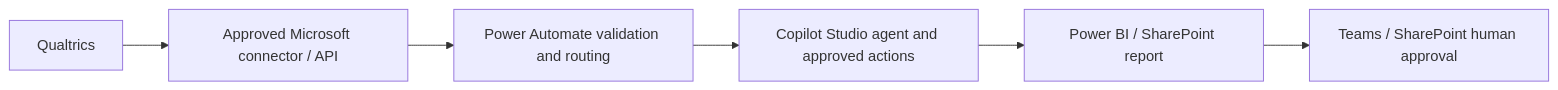
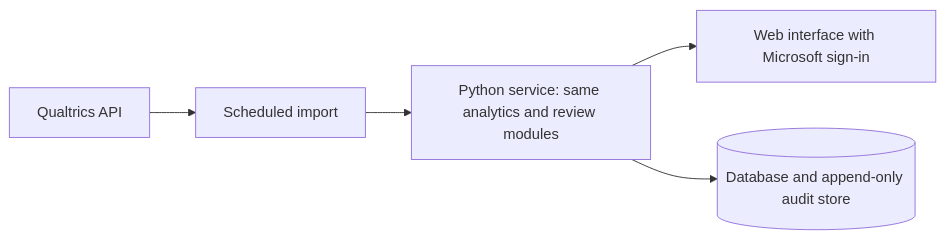
One commit to heet579/learning-futures-insight-hub changed the second of 2 diagrams in ai-learning-evaluation/docs/architecture.md. Above: the diagram before and after it, drawn with Mermaid. The commit also changed other lines of this file and 98 other files, not shown here.

````diff
--- a/ai-learning-evaluation/docs/architecture.md
+++ b/ai-learning-evaluation/docs/architecture.md
@@ -25,8 +38,7 @@
 ```mermaid
 flowchart LR
-  Q[Qualtrics] --> M[Approved Microsoft connector / API]
-  M --> PA[Power Automate validation and routing]
-  PA --> C[Copilot Studio agent and approved actions]
-  C --> BI[Power BI / SharePoint report]
-  BI --> T[Teams / SharePoint human approval]
+  Q[Qualtrics API] --> P[Scheduled import]
+  P --> API[Python service: same analytics and review modules]
+  API --> W[Web interface with Microsoft sign-in]
+  API --> S[(Database and append-only audit store)]
 ```
````
